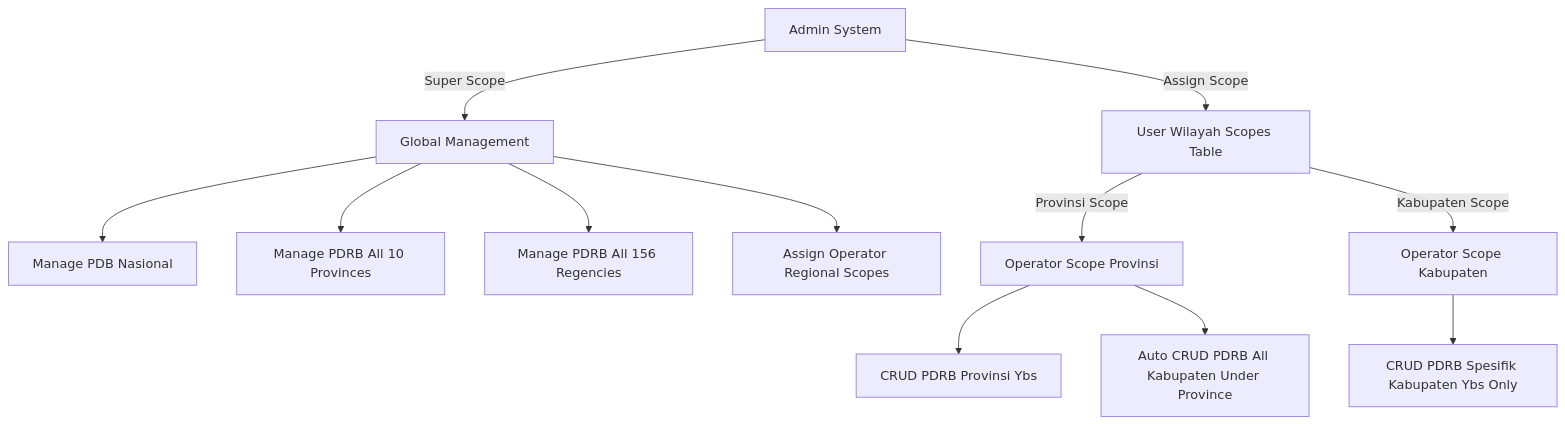
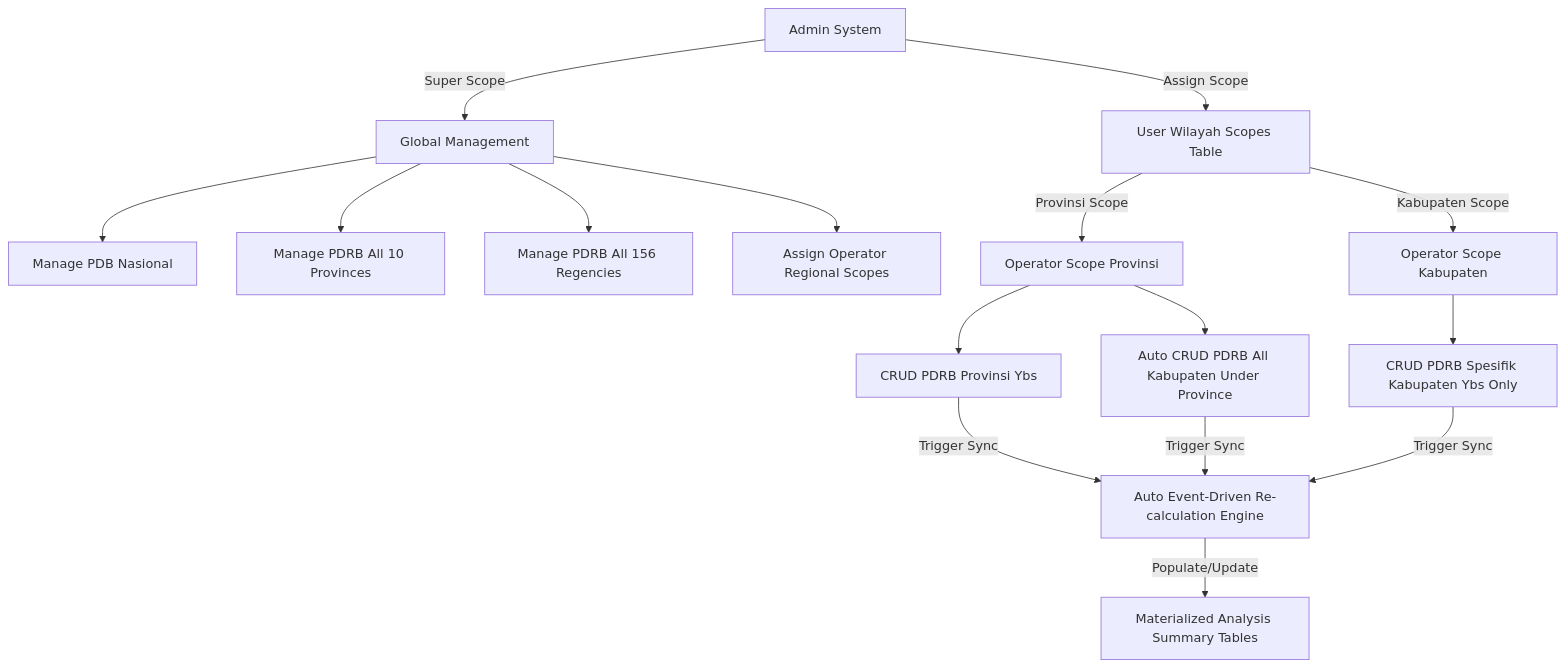
The diagram in PRD.md (coderdestroyer/app-desi), drawn with Mermaid before and after one commit. The commit also changed other lines of this file and 1 other file, not shown here.

````diff
--- a/PRD.md
+++ b/PRD.md
@@ -33,17 +34,20 @@
 ```mermaid
 graph TD
     A[Admin System] -->|Super Scope| B[Global Management]
     B --> B1[Manage PDB Nasional]
     B --> B2[Manage PDRB All 10 Provinces]
     B --> B3[Manage PDRB All 156 Regencies]
     B --> B4[Assign Operator Regional Scopes]
     
     A -->|Assign Scope| C[User Wilayah Scopes Table]
     
     C -->|Provinsi Scope| D[Operator Scope Provinsi]
     D --> D1[CRUD PDRB Provinsi Ybs]
     D --> D2[Auto CRUD PDRB All Kabupaten Under Province]
     
     C -->|Kabupaten Scope| E[Operator Scope Kabupaten]
     E --> E1[CRUD PDRB Spesifik Kabupaten Ybs Only]
+    
+    D1 & D2 & E1 -->|Trigger Sync| F[Auto Event-Driven Re-calculation Engine]
+    F -->|Populate/Update| G[Materialized Analysis Summary Tables]
 ```
````
